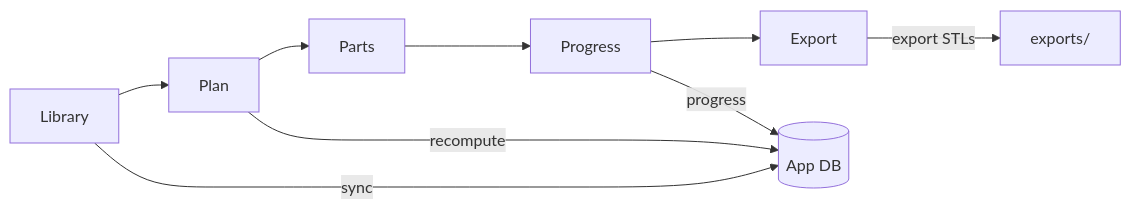
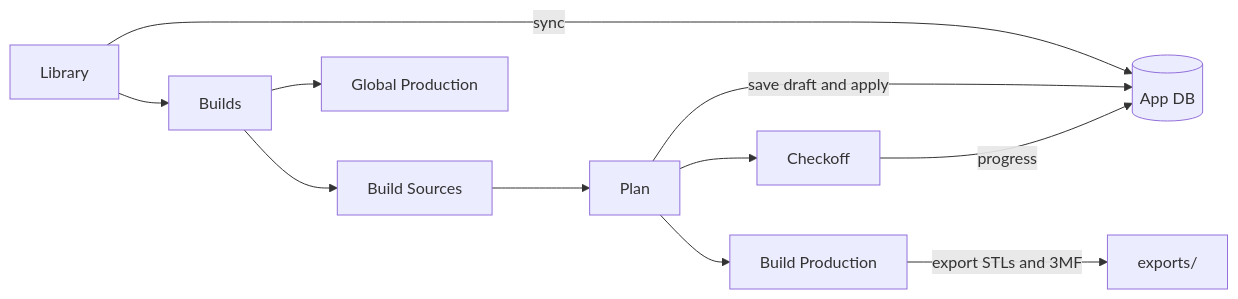
One commit to poitee/PrintPartnerPartner changed the third of 4 diagrams in docs/ARCHITECTURE.md. Above: the diagram before and after it, drawn with Mermaid. The commit also changed other lines of this file and 740 other files, not shown here.

````diff
--- a/docs/ARCHITECTURE.md
+++ b/docs/ARCHITECTURE.md
@@ -87,11 +89,13 @@
 ```mermaid
 flowchart LR
-  Library[Library] --> Plan[Plan]
-  Plan --> Parts[Parts]
-  Parts --> Progress[Progress]
-  Progress --> Export[Export]
+  Library[Library] --> Builds[Builds]
+  Builds --> Sources[Build Sources]
+  Sources --> Plan[Plan]
+  Plan --> Checkoff[Checkoff]
+  Plan --> Production[Build Production]
+  Builds --> Global[Global Production]
   Library -->|sync| DB[(App DB)]
-  Plan -->|recompute| DB
-  Export -->|export STLs| FS[exports/]
-  Progress -->|progress| DB
+  Plan -->|save draft and apply| DB
+  Production -->|export STLs and 3MF| FS[exports/]
+  Checkoff -->|progress| DB
 ```
````
